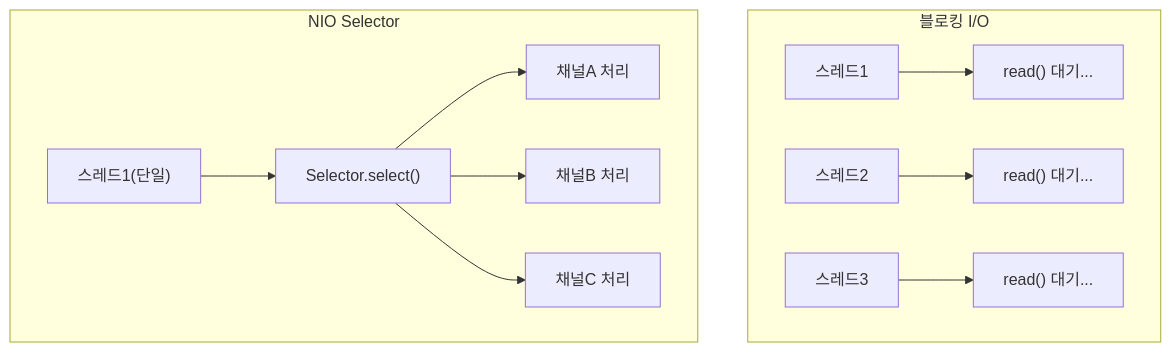
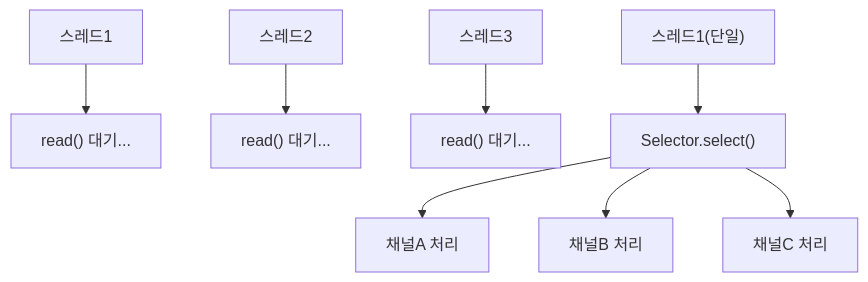
Before and after one commit to yjkim2015/yjkim2015.github.io: the fourth of 5 diagrams in _posts/java/2026-05-01-java-network.md, drawn with Mermaid. The commit also changed 155 other files, not shown here.

First line of the commit message:
Mermaid 전면 수정: subgraph 제거, participant/노드/줄수 축소 (342블록)

````diff
--- a/_posts/java/2026-05-01-java-network.md
+++ b/_posts/java/2026-05-01-java-network.md
@@ -521,14 +521,10 @@
 ```mermaid
 graph TD
-    subgraph "블로킹 I/O"
     A["스레드1"] --> A1["read() 대기..."]
     B["스레드2"] --> B1["read() 대기..."]
     C["스레드3"] --> C1["read() 대기..."]
-    end
-    subgraph "NIO Selector"
     D["스레드1(단일)"] --> E["Selector.select()"]
     E --> F["채널A 처리"]
     E --> G["채널B 처리"]
     E --> H["채널C 처리"]
-    end
 ```
````
